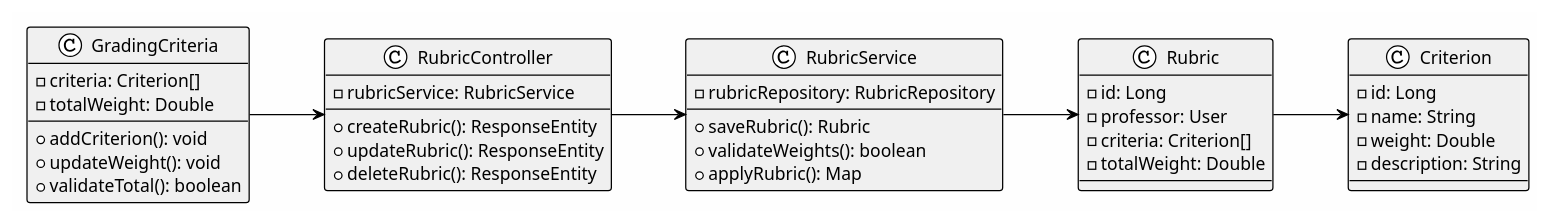
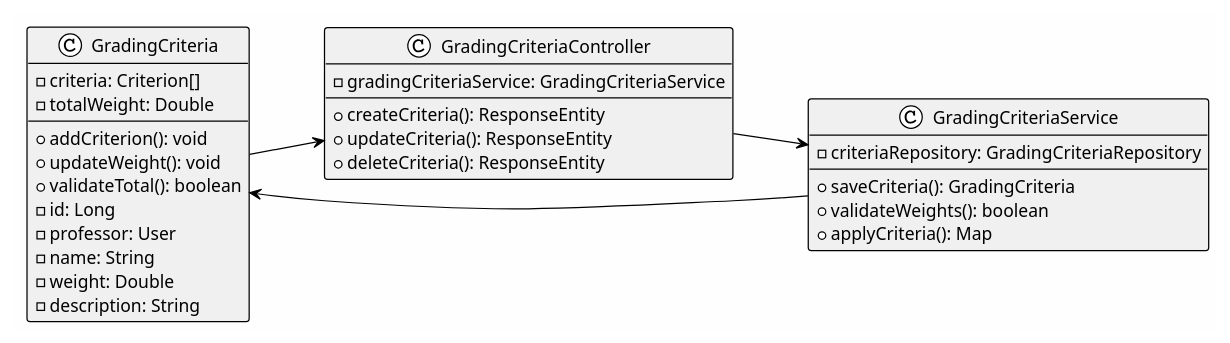
Before and after one commit to lawas-tess/SPMP-Evaluator: the third of 8 diagrams in Capstone Files/Module4.md, drawn with PlantUML. The commit also changed other lines of this file and 8 other files, not shown here.

Commit message:
Add AI integration architecture docs, PlantUML diagrams, and presentation script; Update modules with hybrid AI approach; Switch to Amazon Nova model with timeout protection

````diff
--- a/Capstone Files/Module4.md
+++ b/Capstone Files/Module4.md
@@ -490,52 +501,45 @@
 ```plantuml
 @startuml CustomRubric_ClassDiagram
 !theme plain
 left to right direction
 skinparam backgroundColor #FEFEFE
 skinparam classBackgroundColor #F0F0F0
 
 class GradingCriteria {
   - criteria: Criterion[]
   - totalWeight: Double
   --
   + addCriterion(): void
   + updateWeight(): void
   + validateTotal(): boolean
 }
 
-class RubricController {
-  - rubricService: RubricService
+class GradingCriteriaController {
+  - gradingCriteriaService: GradingCriteriaService
   --
-  + createRubric(): ResponseEntity
-  + updateRubric(): ResponseEntity
-  + deleteRubric(): ResponseEntity
+  + createCriteria(): ResponseEntity
+  + updateCriteria(): ResponseEntity
+  + deleteCriteria(): ResponseEntity
 }
 
-class RubricService {
-  - rubricRepository: RubricRepository
+class GradingCriteriaService {
+  - criteriaRepository: GradingCriteriaRepository
   --
-  + saveRubric(): Rubric
+  + saveCriteria(): GradingCriteria
   + validateWeights(): boolean
-  + applyRubric(): Map
+  + applyCriteria(): Map
 }
 
-class Rubric {
+class GradingCriteria {
   - id: Long
   - professor: User
-  - criteria: Criterion[]
-  - totalWeight: Double
-}
-
-class Criterion {
-  - id: Long
   - name: String
   - weight: Double
   - description: String
 }
 
-GradingCriteria --> RubricController
-RubricController --> RubricService
-RubricService --> Rubric
-Rubric --> Criterion
+GradingCriteria --> GradingCriteriaController
+GradingCriteriaController --> GradingCriteriaService
+GradingCriteriaService --> GradingCriteria
 @enduml
 ```
````
